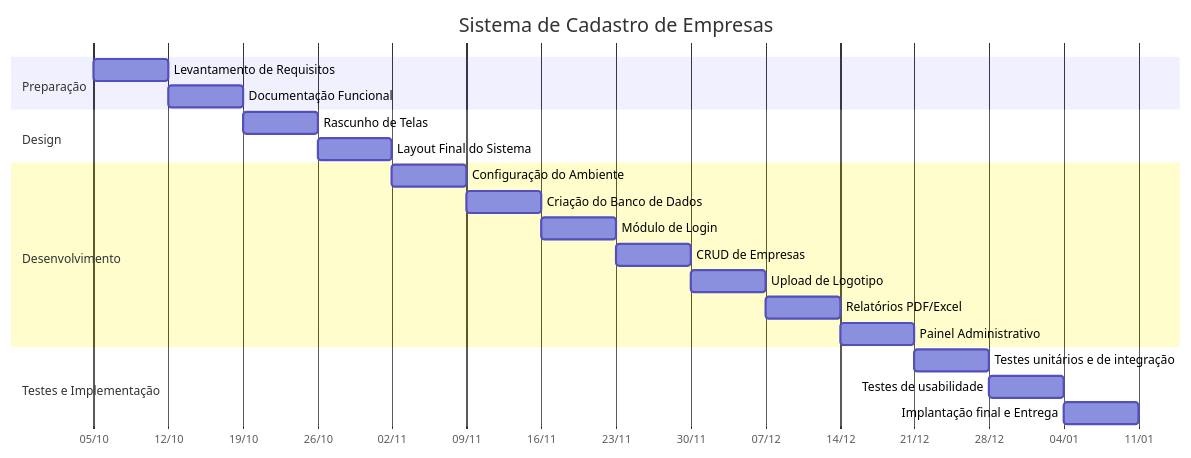
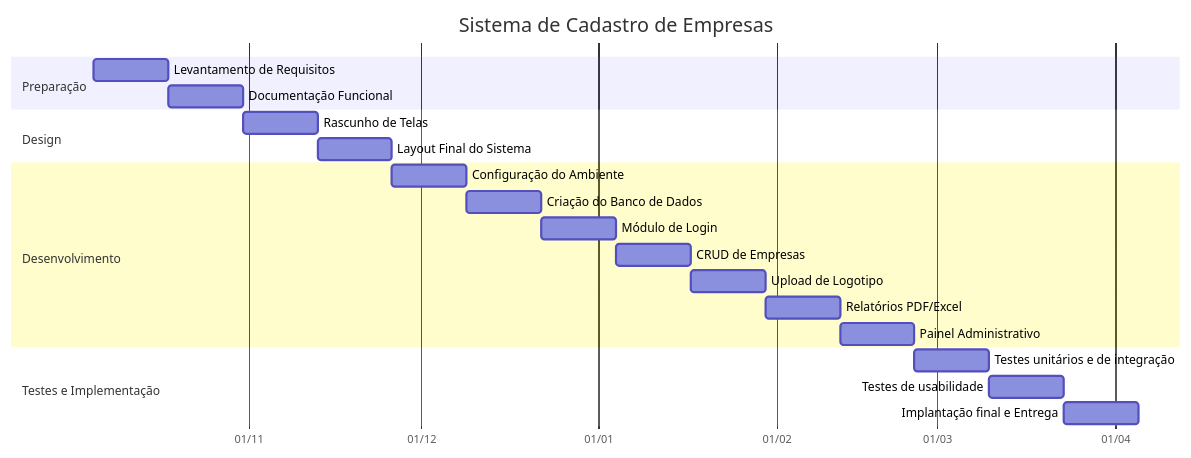
Before and after one commit to LucasBParada/modelos-gantt-crystal: the diagram in README.md, drawn with Mermaid.

````diff
--- a/README.md
+++ b/README.md
@@ -1,29 +1,29 @@
 ```mermaid
     gantt
     title Sistema de Cadastro de Empresas
     dateFormat  YYYY-MM-DD
     axisFormat  %d/%m
 
     section Preparação
-    Levantamento de Requisitos       :a1, 2025-10-05, 7d
-    Documentação Funcional           :a2, after a1, 7d
+    Levantamento de Requisitos       :a1, 2025-10-05, 13d
+    Documentação Funcional           :a2, after a1, 13d
 
     section Design
-    Rascunho de Telas                :a3, after a2, 7d
-    Layout Final do Sistema          :a4, after a3, 7d
+    Rascunho de Telas                :a3, after a2, 13d
+    Layout Final do Sistema          :a4, after a3, 13d
 
     section Desenvolvimento
-    Configuração do Ambiente         :a5, after a4, 7d
-    Criação do Banco de Dados        :a6, after a5, 7d
-    Módulo de Login                  :a7, after a6, 7d
-    CRUD de Empresas                 :a8, after a7, 7d
-    Upload de Logotipo               :a9, after a8, 7d
-    Relatórios PDF/Excel             :a10, after a9, 7d
-    Painel Administrativo            :a11, after a10, 7d
+    Configuração do Ambiente         :a5, after a4, 13d
+    Criação do Banco de Dados        :a6, after a5, 13d
+    Módulo de Login                  :a7, after a6, 13d
+    CRUD de Empresas                 :a8, after a7, 13d
+    Upload de Logotipo               :a9, after a8, 13d
+    Relatórios PDF/Excel             :a10, after a9, 13d
+    Painel Administrativo            :a11, after a10, 13d
 
     section Testes e Implementação
-    Testes unitários e de integração     :a12, after a11, 7d 
-    Testes de usabilidade                :a13, after a12, 7d
-    Implantação final e Entrega          :a14, after a13, 7d 
+    Testes unitários e de integração     :a12, after a11, 13d 
+    Testes de usabilidade                :a13, after a12, 13d
+    Implantação final e Entrega          :a14, after a13, 13d 
 
 ```
````
